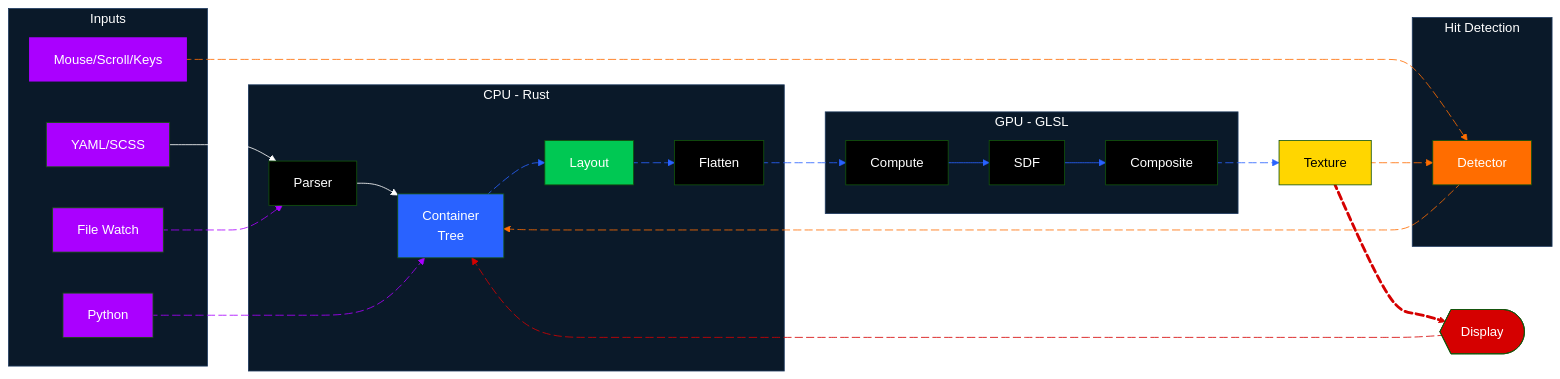
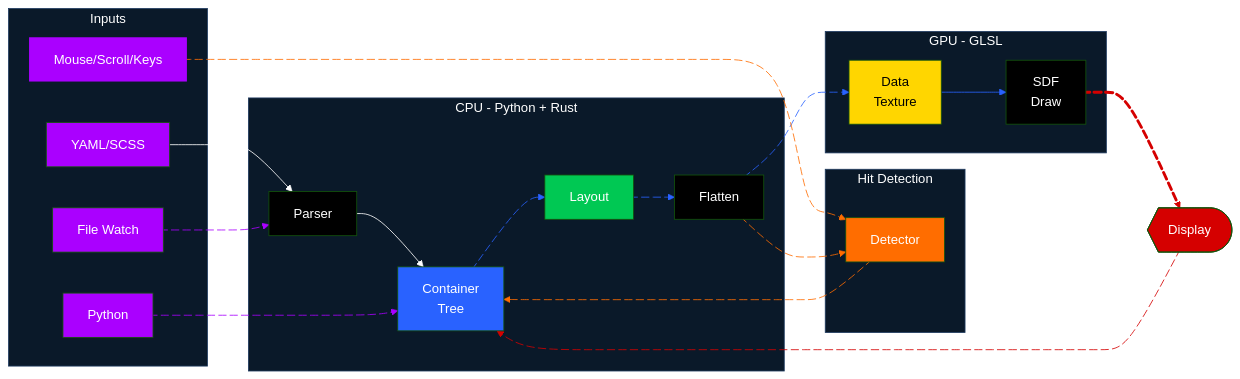
One commit to nicolaiprodromov/puree changed the diagram in README.md. Above: the diagram before and after it, drawn with Mermaid (forest theme). The commit also changed other lines of this file and 26 other files, not shown here.

```diff
--- a/README.md
+++ b/README.md
@@ -144,7 +146,7 @@
         K["Python"]
         M["File Watch"]
   end
- subgraph CPU["CPU - Rust"]
+ subgraph CPU["CPU - Python + Rust"]
         B["Parser"]
         C["Container<br>Tree"]
         D["Layout"]
@@ -154,9 +156,8 @@
         J["Detector"]
   end
  subgraph GPU["GPU - GLSL"]
-        G1["Compute"]
-        G2["SDF"]
-        G3["Composite"]
+        G1["Data<br>Texture"]
+        G2["SDF<br>Draw"]
   end
     A --> B
     B --> C
@@ -165,13 +166,11 @@
     D L_D_E_0@--> E
     E L_E_G1_0@--> G1
     G1 --> G2
-    G2 --> G3
-    G3 L_G3_H_0@--> H["Texture"]
-    H L_H_n1_0@==> n1["Display"]
+    G2 L_G2_n1_0@==> n1["Display"]
     I L_I_J_0@--> J
     J L_J_C_0@--> C
     M L_M_B_0@-.-> B
-    H L_H_J_0@-.-> J
+    E L_E_J_0@-.-> J
     n1 L_n1_C_0@--> C
 
     n1@{ shape: display}
@@ -184,10 +183,8 @@
     style D fill:#00C853,color:#FFFFFF
     style E fill:#000,color:#fff
     style J fill:#FF6D00,color:#fff
-    style G1 fill:#000,color:#fff
+    style G1 fill:#FFD600,color:#000000
     style G2 fill:#000,color:#fff
-    style G3 fill:#000,color:#fff
-    style H fill:#FFD600,color:#000000
     style n1 fill:#D50000,color:#FFFFFF
     style INPUT fill:#0a1929,stroke:#1e3a5f,color:#fff
     style CPU fill:#0a1929,stroke:#1e3a5f,color:#fff
@@ -200,25 +197,22 @@
     linkStyle 4 stroke:#2962FF,fill:none
     linkStyle 5 stroke:#2962FF,fill:none
     linkStyle 6 stroke:#2962FF,fill:none
-    linkStyle 7 stroke:#2962FF,fill:none
-    linkStyle 8 stroke:#2962FF,fill:none
-    linkStyle 9 stroke:#D50000,fill:none
-    linkStyle 10 stroke:#FF6D00,fill:none
+    linkStyle 7 stroke:#D50000,fill:none
+    linkStyle 8 stroke:#FF6D00,fill:none
+    linkStyle 9 stroke:#FF6D00,fill:none
+    linkStyle 10 stroke:#AA00FF,fill:none
     linkStyle 11 stroke:#FF6D00,fill:none
-    linkStyle 12 stroke:#AA00FF,fill:none
-    linkStyle 13 stroke:#FF6D00,fill:none
-    linkStyle 14 stroke:#D50000,fill:none
+    linkStyle 12 stroke:#D50000,fill:none
 
     L_K_C_0@{ animation: slow } 
     L_C_D_0@{ animation: slow } 
     L_D_E_0@{ animation: slow } 
     L_E_G1_0@{ animation: slow } 
-    L_G3_H_0@{ animation: fast } 
-    L_H_n1_0@{ animation: fast } 
+    L_G2_n1_0@{ animation: fast } 
     L_I_J_0@{ animation: fast } 
     L_J_C_0@{ animation: fast } 
     L_M_B_0@{ animation: slow } 
-    L_H_J_0@{ animation: fast } 
+    L_E_J_0@{ animation: fast } 
     L_n1_C_0@{ animation: slow } 
 
 
```
